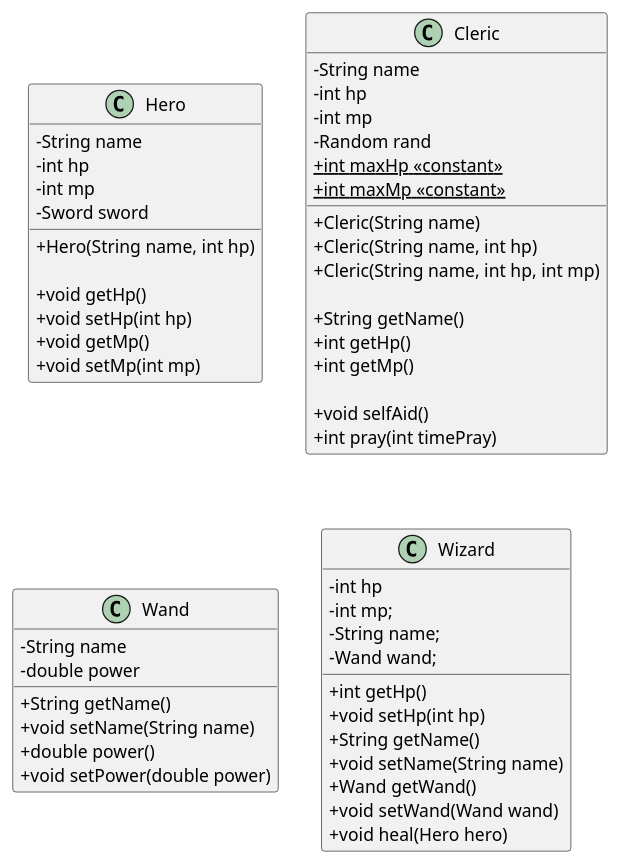
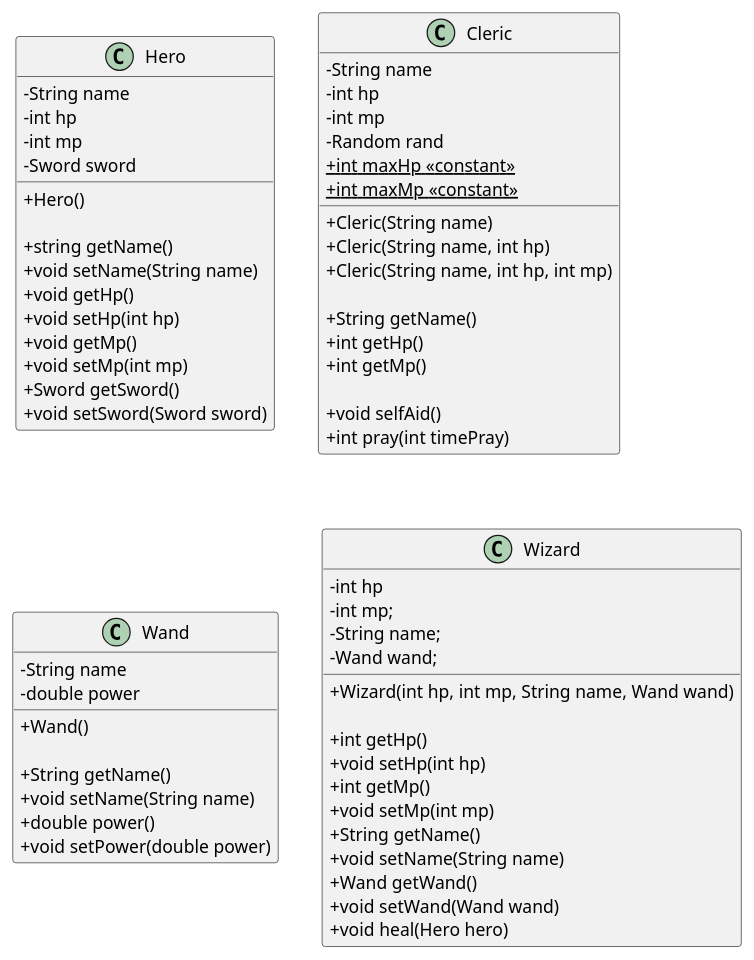
Before and after one commit to SurvivalCodingCampus/polytech_java_study: the diagram in src/main/java/com/survivalcoding/game.puml, drawn with PlantUML. The commit also changed 5 other files, not shown here.

Commit message:
feat: Wizard, Wand, Hero 클래스 수정

```diff
--- a/src/main/java/com/survivalcoding/game.puml
+++ b/src/main/java/com/survivalcoding/game.puml
@@ -1,66 +1,76 @@
 @startuml
 'https://plantuml.com/class-diagram
 
 scale 1
 skinparam classAttributeIconSize 0
 
 class Hero {
     - String name
     - int hp
     - int mp
     - Sword sword
 
-    + Hero(String name, int hp)
+    + Hero()
 
+    + string getName()
+    + void setName(String name)
     + void getHp()
     + void setHp(int hp)
     + void getMp()
     + void setMp(int mp)
+    + Sword getSword()
+    + void setSword(Sword sword)
 }
 
 class Cleric {
     - String name
     - int hp
     - int mp
     - Random rand
     {static} + int maxHp <<constant>>
     {static} + int maxMp <<constant>>
 
     + Cleric(String name)
     + Cleric(String name, int hp)
     + Cleric(String name, int hp, int mp)
 
     + String getName()
     + int getHp()
     + int getMp()
 
     + void selfAid()
     + int pray(int timePray)
 }
 
 class Wand {
     - String name
     - double power
 
+    + Wand()
+
     + String getName()
     + void setName(String name)
     + double power()
     + void setPower(double power)
 }
 
 class Wizard {
     - int hp
     - int mp;
     - String name;
     - Wand wand;
 
+    + Wizard(int hp, int mp, String name, Wand wand)
+
     + int getHp()
     + void setHp(int hp)
+    + int getMp()
+    + void setMp(int mp)
     + String getName()
     + void setName(String name)
     + Wand getWand()
     + void setWand(Wand wand)
     + void heal(Hero hero)
 }
 
 @enduml
```
